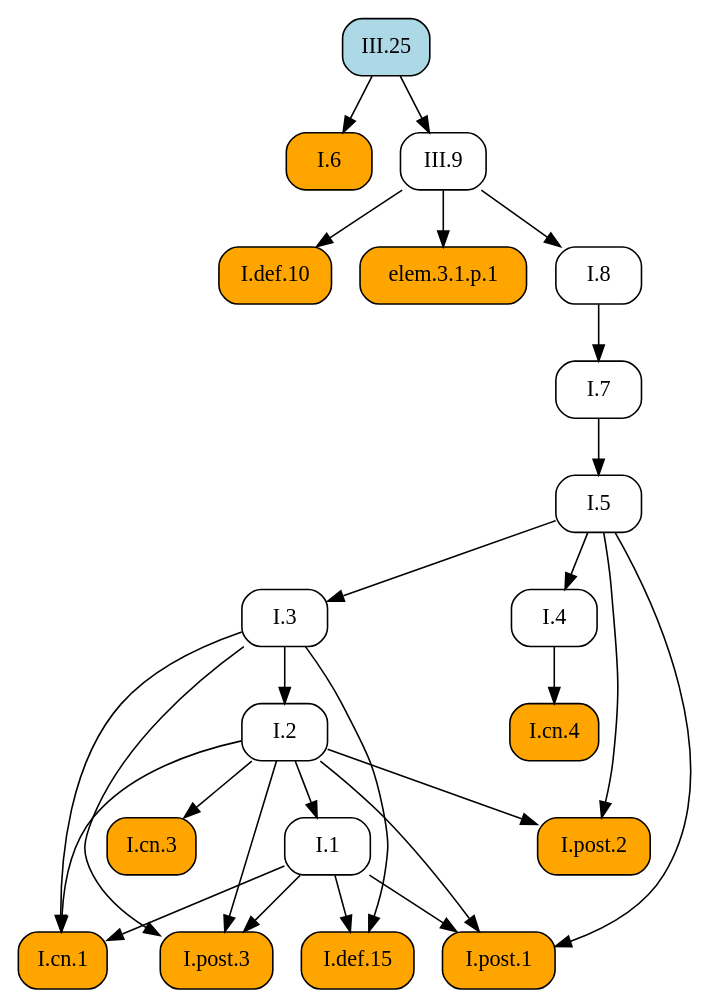
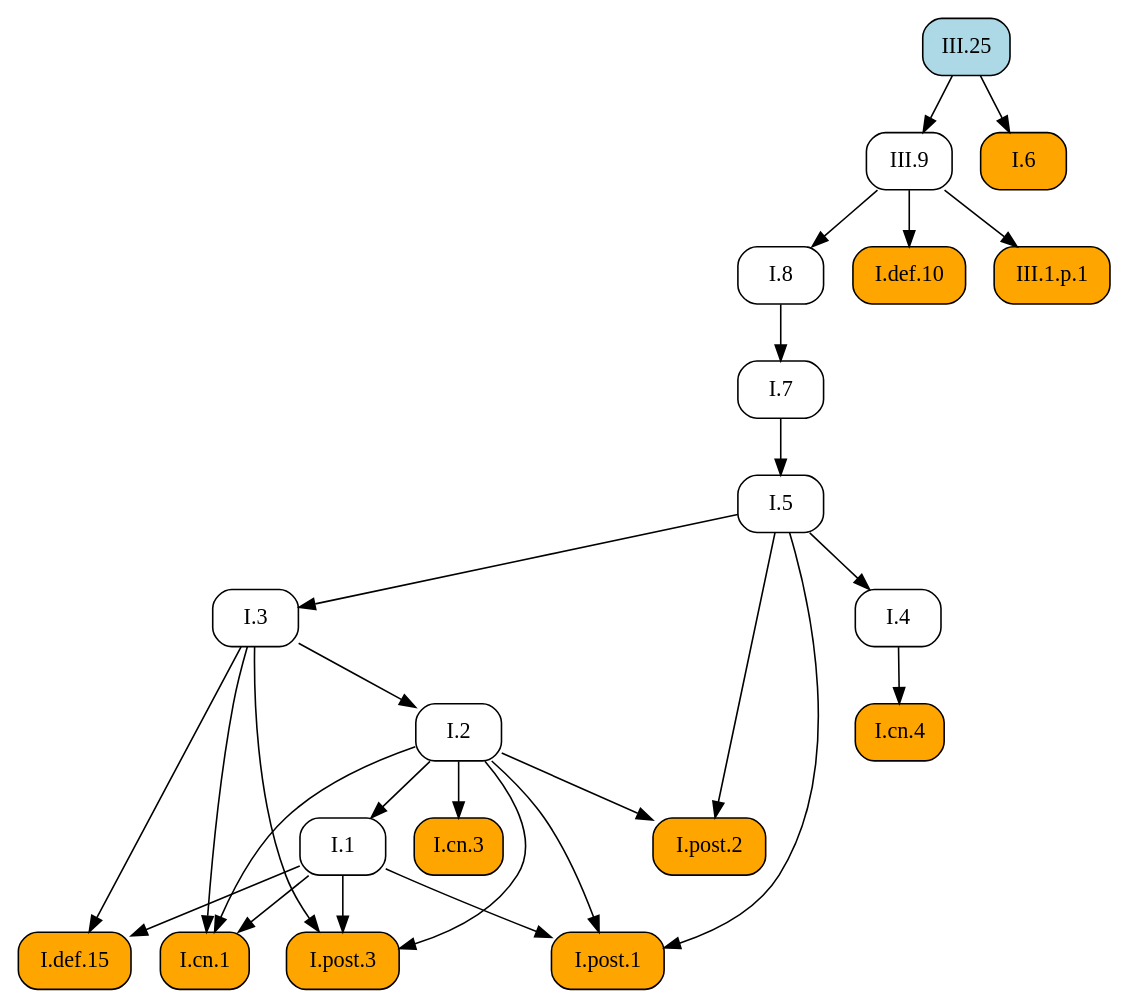
The diagram in docsrc/heath/III/25/index.rst (geometor/elements), drawn with Graphviz before and after one commit. The commit also changed 484 other files, not shown here.

```diff
--- a/docsrc/heath/III/25/index.rst
+++ b/docsrc/heath/III/25/index.rst
@@ -92,51 +92,51 @@
 .. graphviz::
 
    digraph {
      rankdir="TB";
      node [shape=box, style=rounded];
+     "I.cn.1" [style="rounded,filled", fillcolor=orange, URL="/heath/I/cn.1/", target="_top"];
+     "I.7" [URL="/heath/I/7/", target="_top"];
+     "I.2" [URL="/heath/I/2/", target="_top"];
+     "I.def.15" [style="rounded,filled", fillcolor=orange, URL="/heath/I/def.15/", target="_top"];
+     "I.4" [URL="/heath/I/4/", target="_top"];
+     "I.1" [URL="/heath/I/1/", target="_top"];
+     "I.5" [URL="/heath/I/5/", target="_top"];
+     "I.post.1" [style="rounded,filled", fillcolor=orange, URL="/heath/I/post.1/", target="_top"];
+     "I.8" [URL="/heath/I/8/", target="_top"];
+     "I.post.3" [style="rounded,filled", fillcolor=orange, URL="/heath/I/post.3/", target="_top"];
+     "I.cn.3" [style="rounded,filled", fillcolor=orange, URL="/heath/I/cn.3/", target="_top"];
      "I.def.10" [style="rounded,filled", fillcolor=orange, URL="/heath/I/def.10/", target="_top"];
-     "I.1" [URL="/heath/I/1/", target="_top"];
-     "I.7" [URL="/heath/I/7/", target="_top"];
+     "III.9" [URL="/heath/III/9/", target="_top"];
+     "III.1.p.1" [style="rounded,filled", fillcolor=orange];
      "I.6" [style="rounded,filled", fillcolor=orange, URL="/heath/I/6/", target="_top"];
+     "III.25" [style="rounded,filled", fillcolor=lightblue, URL="/heath/III/25/", target="_top"];
+     "I.cn.4" [style="rounded,filled", fillcolor=orange, URL="/heath/I/cn.4/", target="_top"];
+     "I.post.2" [style="rounded,filled", fillcolor=orange, URL="/heath/I/post.2/", target="_top"];
      "I.3" [URL="/heath/I/3/", target="_top"];
-     "I.2" [URL="/heath/I/2/", target="_top"];
-     "I.4" [URL="/heath/I/4/", target="_top"];
-     "elem.3.1.p.1" [style="rounded,filled", fillcolor=orange];
-     "I.post.2" [style="rounded,filled", fillcolor=orange, URL="/heath/I/post.2/", target="_top"];
-     "III.9" [URL="/heath/III/9/", target="_top"];
-     "I.def.15" [style="rounded,filled", fillcolor=orange, URL="/heath/I/def.15/", target="_top"];
-     "III.25" [style="rounded,filled", fillcolor=lightblue, URL="/heath/III/25/", target="_top"];
-     "I.post.3" [style="rounded,filled", fillcolor=orange, URL="/heath/I/post.3/", target="_top"];
-     "I.cn.1" [style="rounded,filled", fillcolor=orange, URL="/heath/I/cn.1/", target="_top"];
-     "I.cn.3" [style="rounded,filled", fillcolor=orange, URL="/heath/I/cn.3/", target="_top"];
-     "I.8" [URL="/heath/I/8/", target="_top"];
-     "I.cn.4" [style="rounded,filled", fillcolor=orange, URL="/heath/I/cn.4/", target="_top"];
-     "I.post.1" [style="rounded,filled", fillcolor=orange, URL="/heath/I/post.1/", target="_top"];
-     "I.5" [URL="/heath/I/5/", target="_top"];
-     "III.9" -> "I.def.10";
-     "I.2" -> "I.1";
+     "I.1" -> "I.cn.1";
+     "I.2" -> "I.cn.1";
+     "I.3" -> "I.cn.1";
      "I.8" -> "I.7";
-     "III.25" -> "I.6";
-     "I.5" -> "I.3";
      "I.3" -> "I.2";
-     "I.5" -> "I.4";
-     "III.9" -> "elem.3.1.p.1";
-     "I.2" -> "I.post.2";
-     "I.5" -> "I.post.2";
-     "III.25" -> "III.9";
      "I.1" -> "I.def.15";
      "I.3" -> "I.def.15";
+     "I.5" -> "I.4";
+     "I.2" -> "I.1";
+     "I.7" -> "I.5";
+     "I.1" -> "I.post.1";
+     "I.2" -> "I.post.1";
+     "I.5" -> "I.post.1";
+     "III.9" -> "I.8";
      "I.1" -> "I.post.3";
      "I.2" -> "I.post.3";
      "I.3" -> "I.post.3";
-     "I.1" -> "I.cn.1";
-     "I.2" -> "I.cn.1";
-     "I.3" -> "I.cn.1";
      "I.2" -> "I.cn.3";
-     "III.9" -> "I.8";
+     "III.9" -> "I.def.10";
+     "III.25" -> "III.9";
+     "III.9" -> "III.1.p.1";
+     "III.25" -> "I.6";
      "I.4" -> "I.cn.4";
-     "I.1" -> "I.post.1";
-     "I.2" -> "I.post.1";
-     "I.5" -> "I.post.1";
-     "I.7" -> "I.5";
+     "I.2" -> "I.post.2";
+     "I.5" -> "I.post.2";
+     "I.5" -> "I.3";
    }
```
